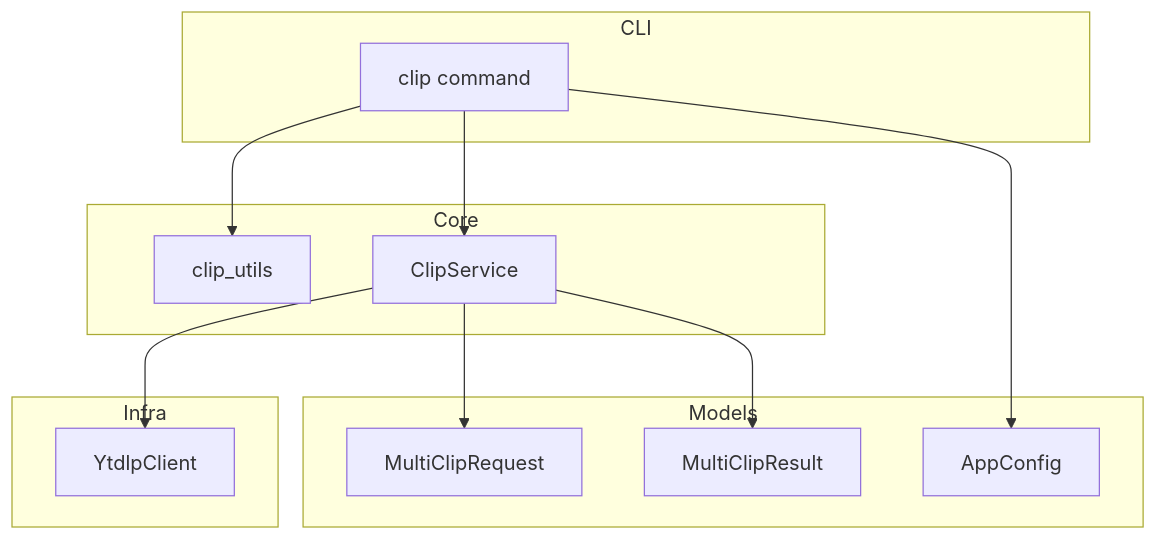
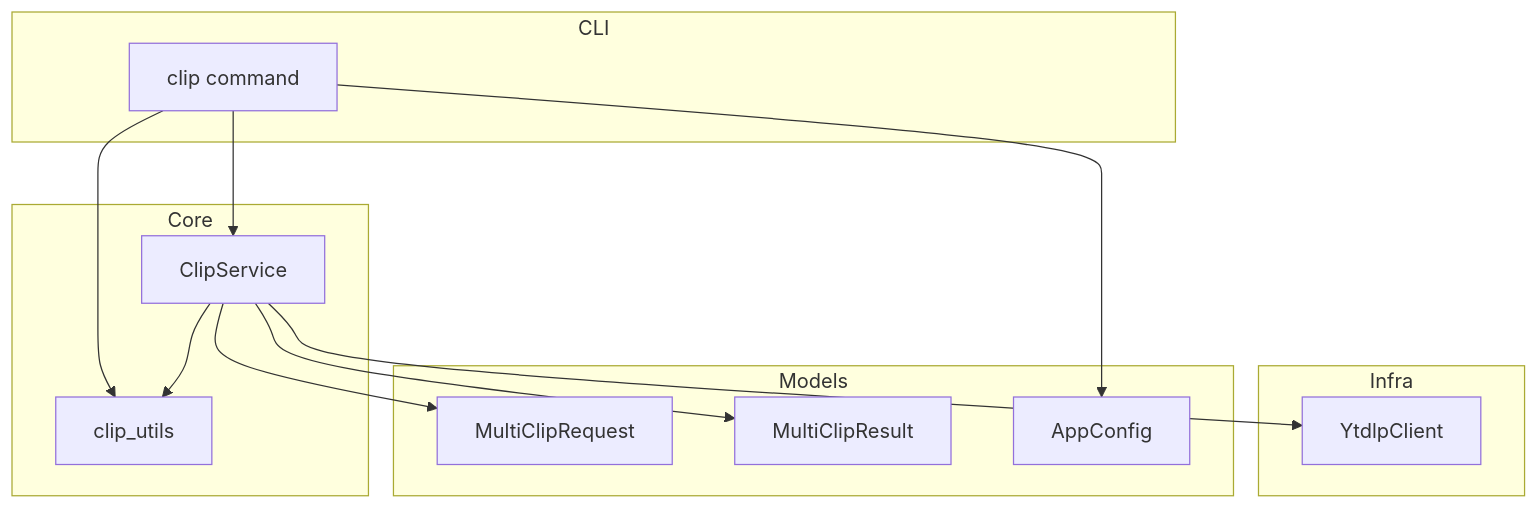
Before and after one commit to ayapi/kirinuki: the first of 2 diagrams in .kiro/specs/multi-clip/design.md, drawn with Mermaid. The commit also changed other lines of this file and 4 other files, not shown here.

````diff
--- a/.kiro/specs/multi-clip/design.md
+++ b/.kiro/specs/multi-clip/design.md
@@ -34,25 +36,26 @@
 ```mermaid
 graph TB
     subgraph CLI
         ClipCmd[clip command]
     end
     subgraph Core
         ClipService[ClipService]
         ClipUtils[clip_utils]
     end
     subgraph Infra
         Ytdlp[YtdlpClient]
     end
     subgraph Models
         MultiClipRequest[MultiClipRequest]
         MultiClipResult[MultiClipResult]
         AppConfig[AppConfig]
     end
 
     ClipCmd --> ClipUtils
     ClipCmd --> ClipService
     ClipCmd --> AppConfig
+    ClipService --> ClipUtils
     ClipService --> Ytdlp
     ClipService --> MultiClipRequest
     ClipService --> MultiClipResult
 ```
````
